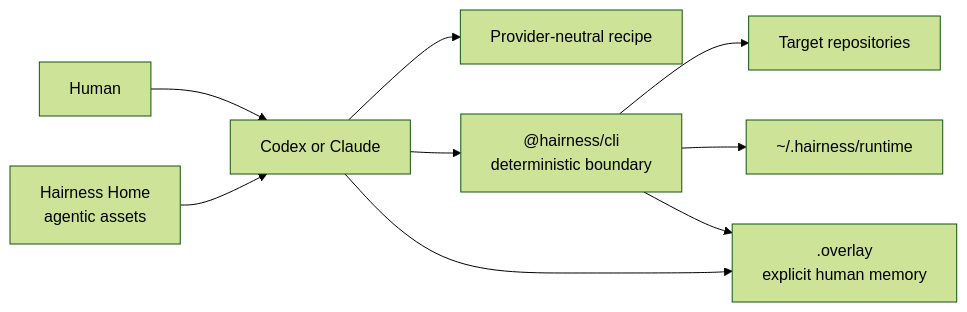
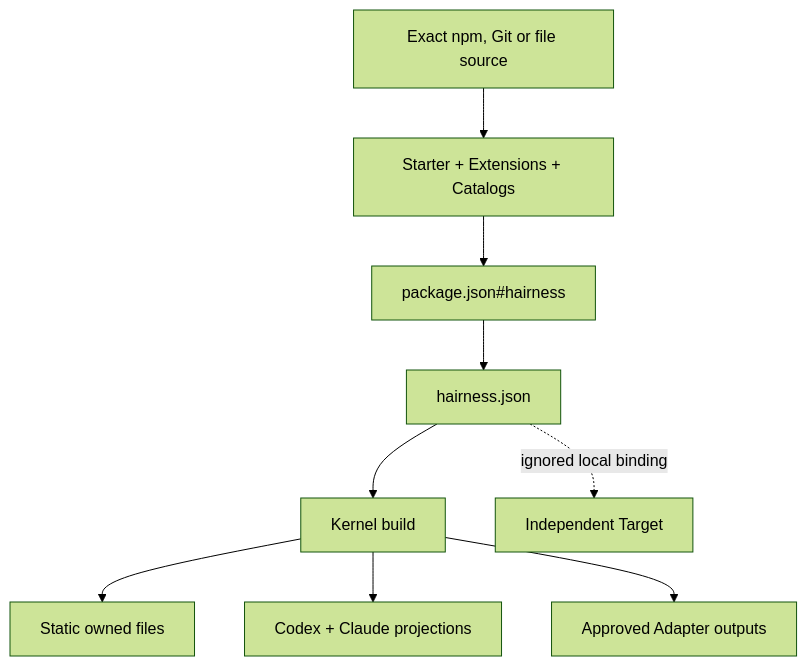
Before and after one commit to thevzion/hairness: the diagram in docs/architecture.md, drawn with Mermaid (forest theme). The commit also changed other lines of this file and 133 other files, not shown here.

Commit message:
feat: reconstruct Hairness as a package-native kernel (#21)

````diff
--- a/docs/architecture.md
+++ b/docs/architecture.md
@@ -7,11 +12,11 @@
 ```mermaid
-flowchart LR
-  human["Human"] --> provider["Codex or Claude"]
-  home["Hairness Home\nagentic assets"] --> provider
-  provider --> recipe["Provider-neutral recipe"]
-  provider --> cli["@hairness/cli\ndeterministic boundary"]
-  cli --> target["Target repositories"]
-  cli --> runtime["~/.hairness/runtime"]
-  provider --> overlay[".overlay\nexplicit human memory"]
-  cli --> overlay
+flowchart TD
+  npm["Exact npm, Git or file source"] --> packages["Starter + Extensions + Catalogs"]
+  packages --> manifest["package.json#hairness"]
+  manifest --> home["hairness.json"]
+  home --> build["Kernel build"]
+  build --> static["Static owned files"]
+  build --> providers["Codex + Claude projections"]
+  build --> adapters["Approved Adapter outputs"]
+  home -. "ignored local binding" .-> target["Independent Target"]
 ```
````
